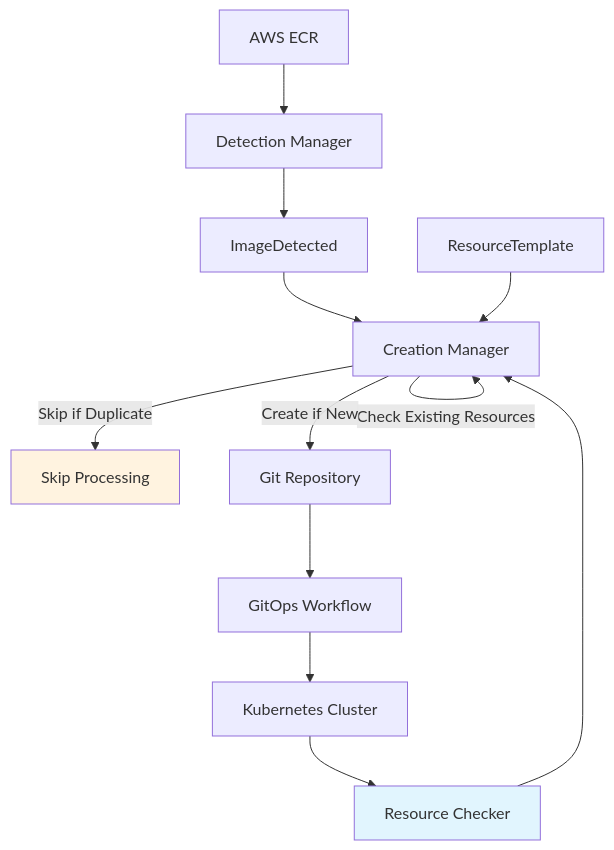
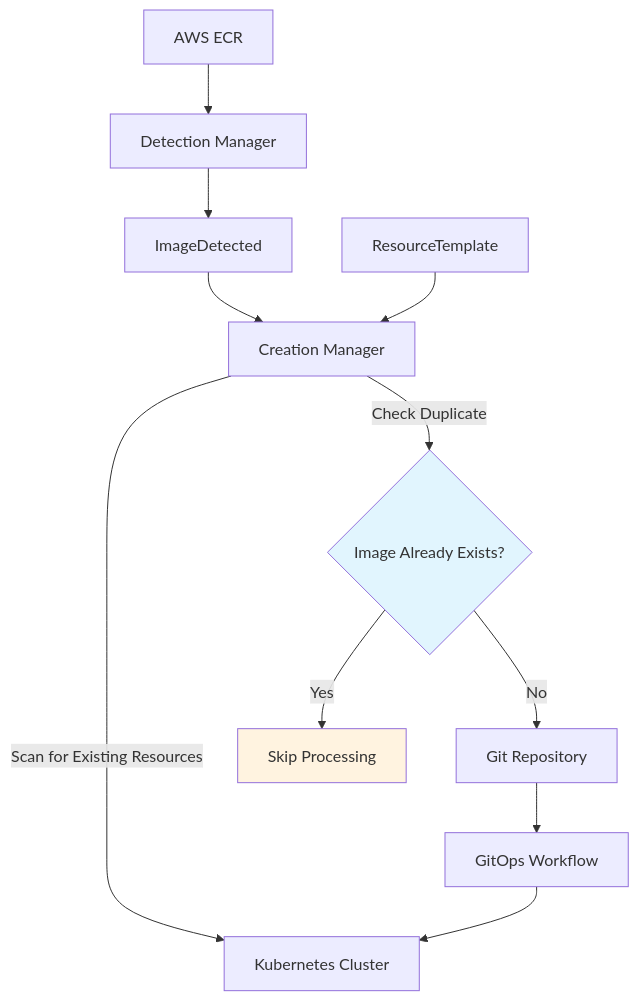
One commit to S-mishina/image-resource-controller changed the diagram in README.md. Above: the diagram before and after it, drawn with Mermaid.

Commit message:
feat: Update workflow diagram in README to clarify resource scanning and duplicate checking process

````diff
--- a/README.md
+++ b/README.md
@@ -14,17 +14,16 @@
 ```mermaid
 graph TB
     ECR[AWS ECR] --> DM[Detection Manager]
     DM --> ID[ImageDetected]
     ID --> CM[Creation Manager]
     RT[ResourceTemplate] --> CM
-    K8s[Kubernetes Cluster] --> RC[Resource Checker]
-    RC --> CM
-    CM -->|Check Existing Resources| CM
-    CM -->|Skip if Duplicate| SKIP[Skip Processing]
-    CM -->|Create if New| GIT[Git Repository]
+    CM -->|Scan for Existing Resources| K8s[Kubernetes Cluster]
+    CM -->|Check Duplicate| DECISION{Image Already Exists?}
+    DECISION -->|Yes| SKIP[Skip Processing]
+    DECISION -->|No| GIT[Git Repository]
     GIT --> GitOps[GitOps Workflow]
     GitOps --> K8s
-
-    style RC fill:#e1f5fe
+    
+    style DECISION fill:#e1f5fe
     style SKIP fill:#fff3e0
 ```
````
